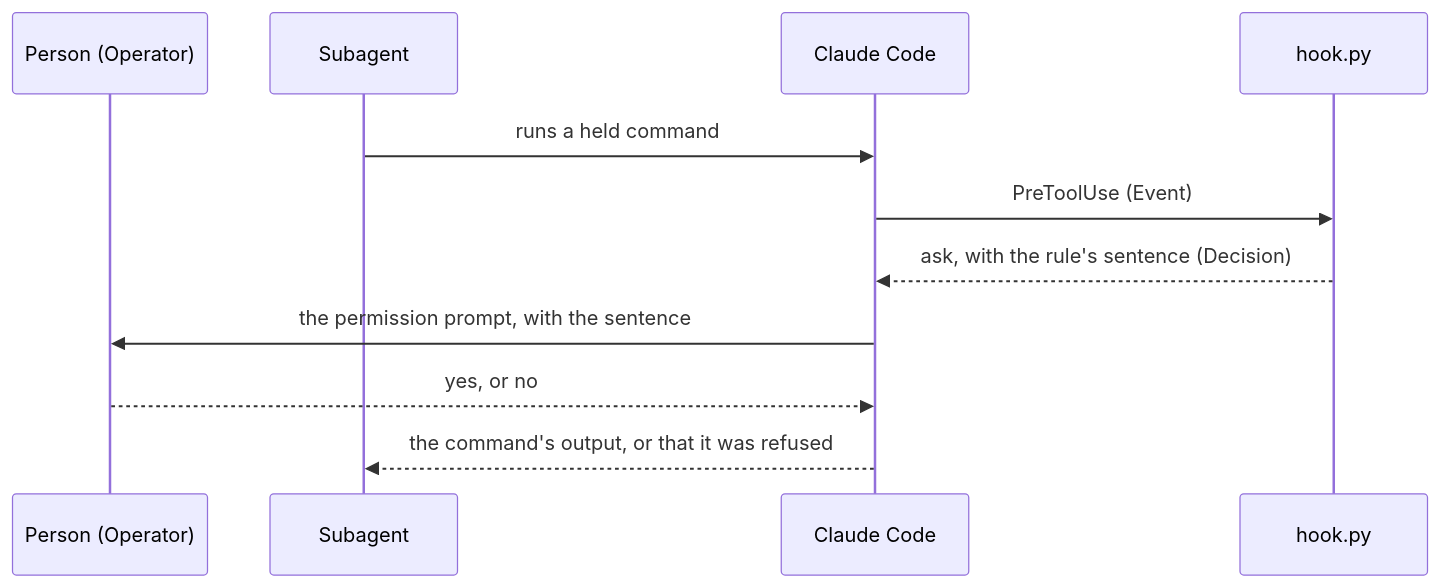
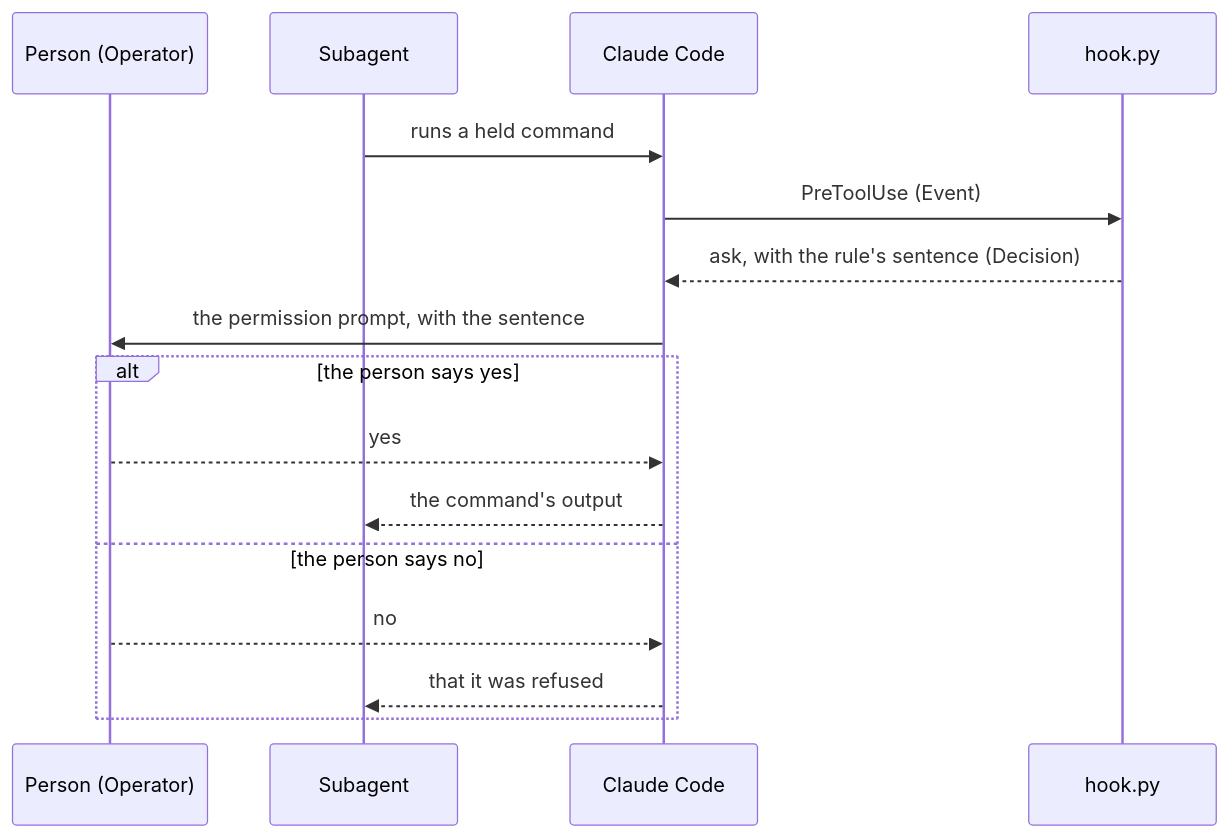
One commit to lovaizu/ccpm changed the seventh of 7 diagrams in dev/lane/architecture.md. Above: the diagram before and after it, drawn with Mermaid. The commit also changed other lines of this file and 4 other files, not shown here.

````diff
--- a/dev/lane/architecture.md
+++ b/dev/lane/architecture.md
@@ -324,13 +420,18 @@
 ```mermaid
 sequenceDiagram
   participant P as Person (Operator)
   participant SA as Subagent
   participant CC as Claude Code
   participant H as hook.py
   SA->>CC: runs a held command
   CC->>H: PreToolUse (Event)
   H-->>CC: ask, with the rule's sentence (Decision)
   CC->>P: the permission prompt, with the sentence
-  P-->>CC: yes, or no
-  CC-->>SA: the command's output, or that it was refused
+  alt the person says yes
+    P-->>CC: yes
+    CC-->>SA: the command's output
+  else the person says no
+    P-->>CC: no
+    CC-->>SA: that it was refused
+  end
 ```
````
